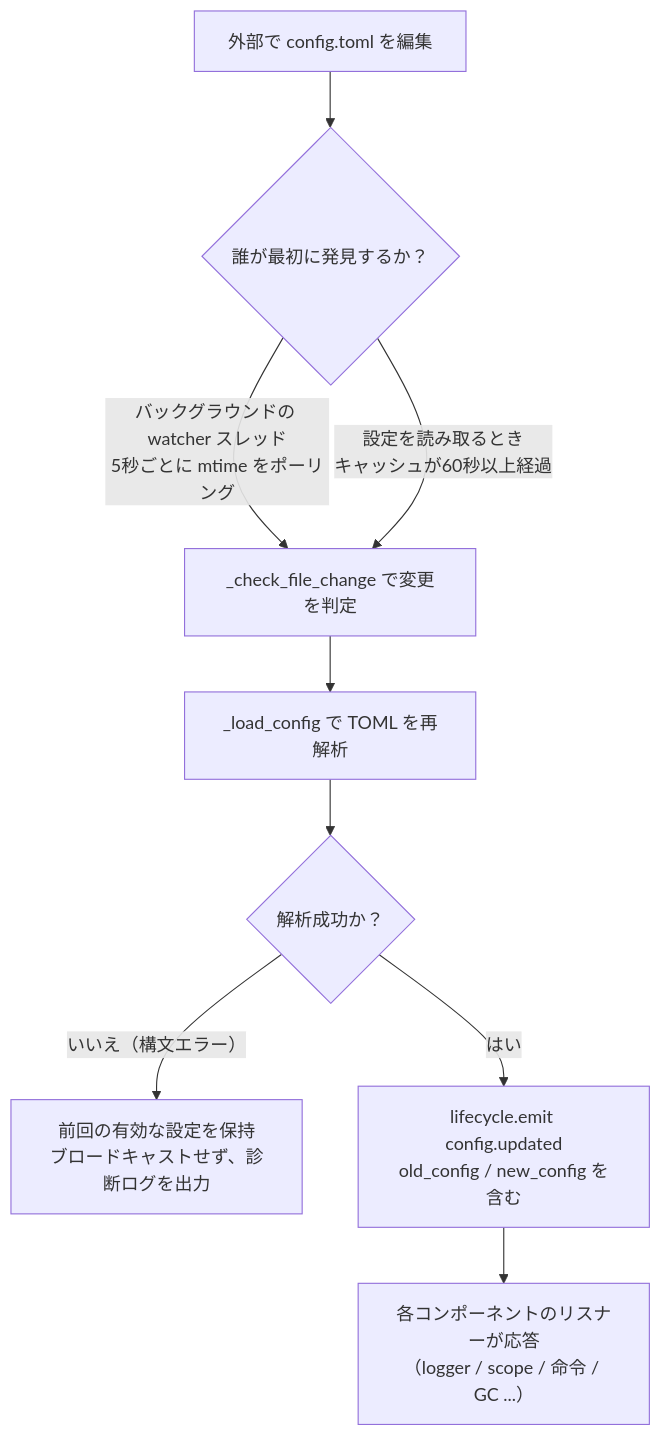
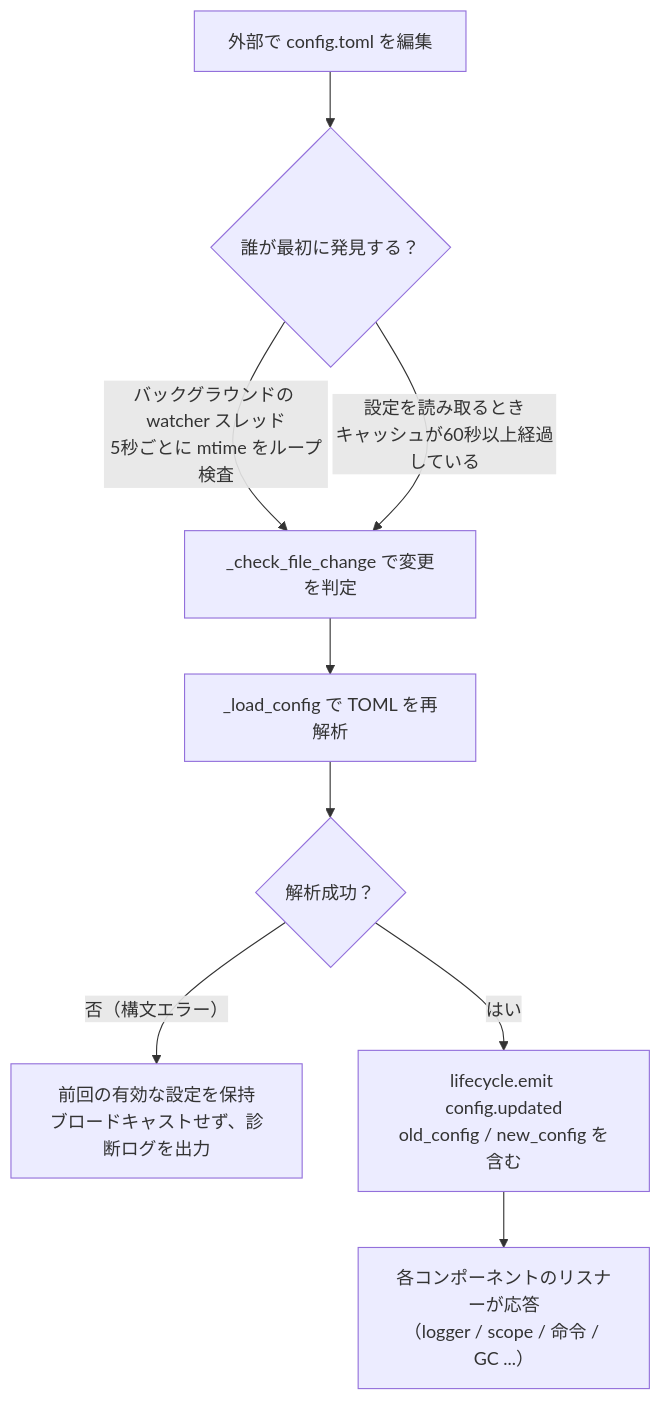
Before and after one commit to ErisPulse/ErisPulse: the diagram in docs/ja/user-guide/configuration.md, drawn with Mermaid. The commit also changed other lines of this file and 299 other files, not shown here.

````diff
--- a/docs/ja/user-guide/configuration.md
+++ b/docs/ja/user-guide/configuration.md
@@ -93,11 +89,11 @@
 ```mermaid
 flowchart TD
-    A["外部で config.toml を編集"] --> B{"誰が最初に発見するか？"}
-    B -->|"バックグラウンドの watcher スレッド<br/>5秒ごとに mtime をポーリング"| C["_check_file_change で変更を判定"]
-    B -->|"設定を読み取るとき<br/>キャッシュが60秒以上経過"| C
+    A["外部で config.toml を編集"] --> B{"誰が最初に発見する？"}
+    B -->|"バックグラウンドの watcher スレッド<br/>5秒ごとに mtime をループ検査"| C["_check_file_change で変更を判定"]
+    B -->|"設定を読み取るとき<br/>キャッシュが60秒以上経過している"| C
     C --> D["_load_config で TOML を再解析"]
-    D --> E{"解析成功か？"}
-    E -->|"いいえ（構文エラー）"| F["前回の有効な設定を保持<br/>ブロードキャストせず、診断ログを出力"]
+    D --> E{"解析成功？"}
+    E -->|"否（構文エラー）"| F["前回の有効な設定を保持<br/>ブロードキャストせず、診断ログを出力"]
     E -->|"はい"| G["lifecycle.emit config.updated<br/>old_config / new_config を含む"]
     G --> H["各コンポーネントのリスナーが応答<br/>（logger / scope / 命令 / GC ...）"]
 ```
````
